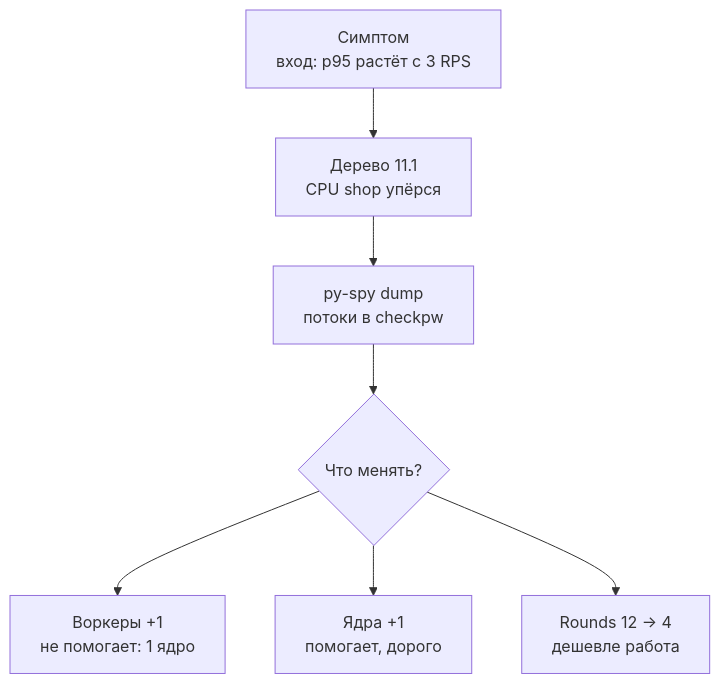
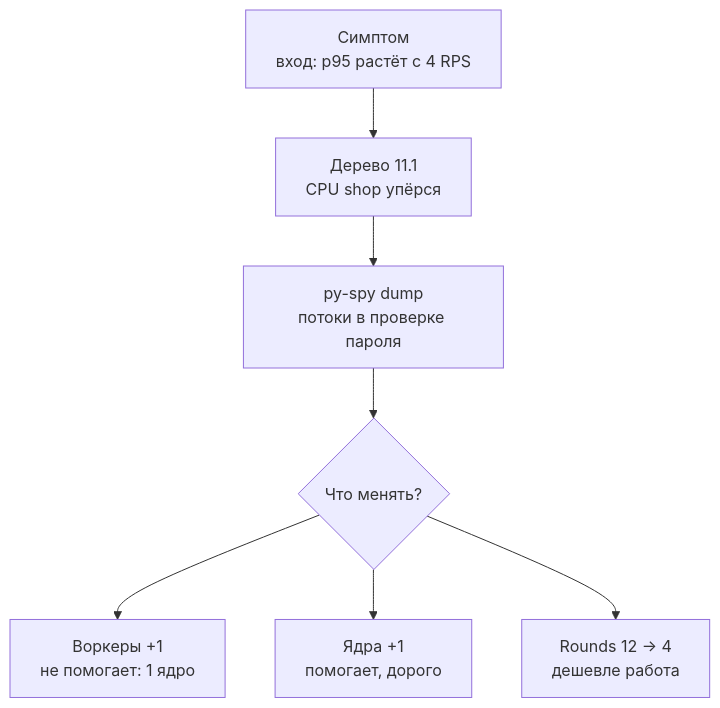
One commit to distinguished-sre/load-tester changed the diagram in 11-bottlenecks/02-cpu.md. Above: the diagram before and after it, drawn with Mermaid. The commit also changed other lines of this file and 17 other files, not shown here.

````diff
--- a/11-bottlenecks/02-cpu.md
+++ b/11-bottlenecks/02-cpu.md
@@ -30,9 +30,9 @@
 ```mermaid
 flowchart TD
-    A["Симптом<br>вход: p95 растёт с 3 RPS"] --> B["Дерево 11.1<br>CPU shop упёрся"]
-    B --> C["py-spy dump<br>потоки в checkpw"]
+    A["Симптом<br>вход: p95 растёт с 4 RPS"] --> B["Дерево 11.1<br>CPU shop упёрся"]
+    B --> C["py-spy dump<br>потоки в проверке пароля"]
     C --> D{"Что менять?"}
     D --> E["Воркеры +1<br>не помогает: 1 ядро"]
     D --> F["Ядра +1<br>помогает, дорого"]
     D --> G["Rounds 12 → 4<br>дешевле работа"]
 ```
````
